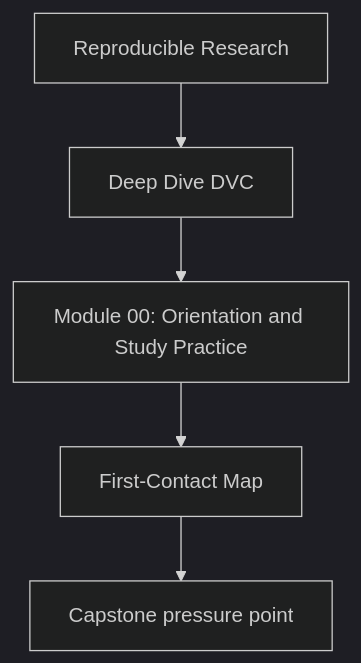
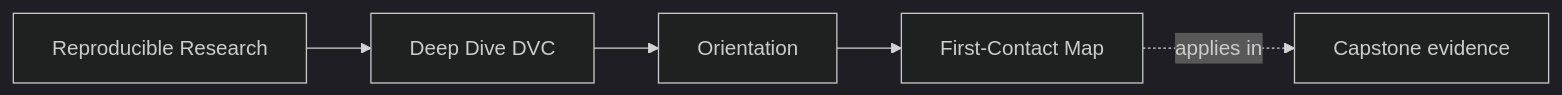
Before and after one commit to bijux/bijux-masterclass: the first of 2 diagrams in programs/reproducible-research/deep-dive-dvc/course-book/module-00-orientation/first-contact-map.md, drawn with Mermaid (dark theme). The commit also changed other lines of this file and 55 other files, not shown here.

Commit message:
docs(deep-dive-dvc): map reproducibility and pipeline foundations

````diff
--- a/programs/reproducible-research/deep-dive-dvc/course-book/module-00-orientation/first-contact-map.md
+++ b/programs/reproducible-research/deep-dive-dvc/course-book/module-00-orientation/first-contact-map.md
@@ -6,7 +6,11 @@
 ```mermaid
-flowchart TD
-  family["Reproducible Research"] --> program["Deep Dive DVC"]
-  program --> module["Module 00: Orientation and Study Practice"]
-  module --> concept["First-Contact Map"]
-  concept --> capstone["Capstone pressure point"]
+graph LR
+  family["Reproducible Research"]
+  program["Deep Dive DVC"]
+  section["Orientation"]
+  page["First-Contact Map"]
+  capstone["Capstone evidence"]
+
+  family --> program --> section --> page
+  page -.applies in.-> capstone
 ```
````
